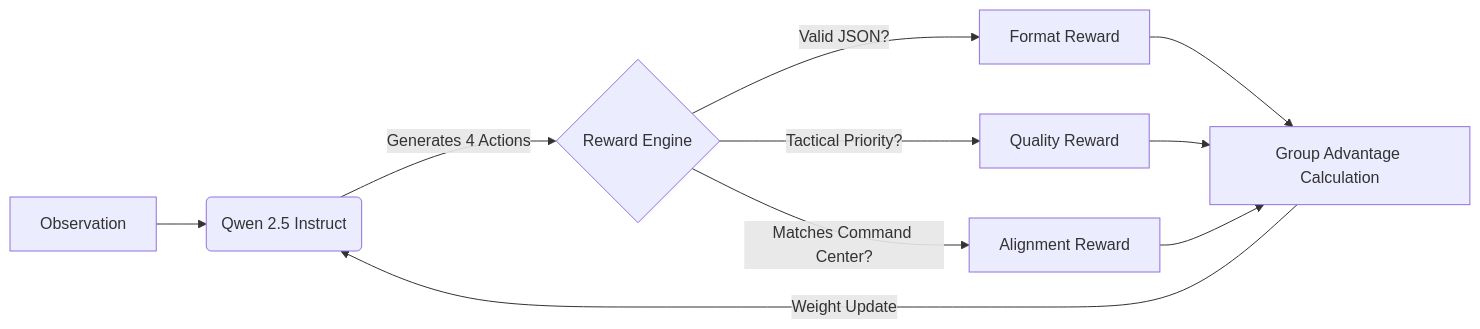
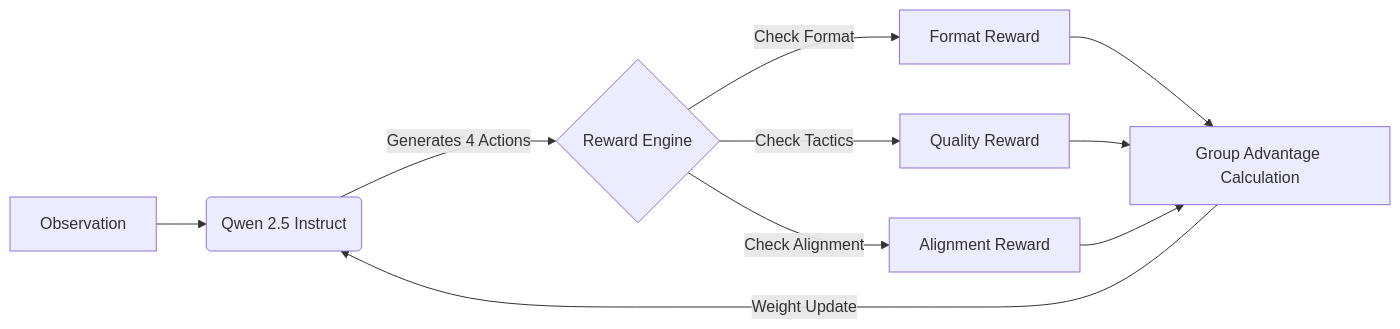
Before and after one commit to Ankitpatil944/blackout-city: the second of 2 diagrams in README.md, drawn with Mermaid. The commit also changed other lines of this file, not shown here.

````diff
--- a/README.md
+++ b/README.md
@@ -48,12 +48,12 @@
 ```mermaid
 flowchart LR
     A[Observation] --> B(Qwen 2.5 Instruct)
     B -->|Generates 4 Actions| C{Reward Engine}
     
-    C -->|Valid JSON?| D[Format Reward]
-    C -->|Tactical Priority?| E[Quality Reward]
-    C -->|Matches Command Center?| F[Alignment Reward]
+    C -->|Check Format| D[Format Reward]
+    C -->|Check Tactics| E[Quality Reward]
+    C -->|Check Alignment| F[Alignment Reward]
     
     D & E & F --> G[Group Advantage Calculation]
     G -->|Weight Update| B
 ```
````
